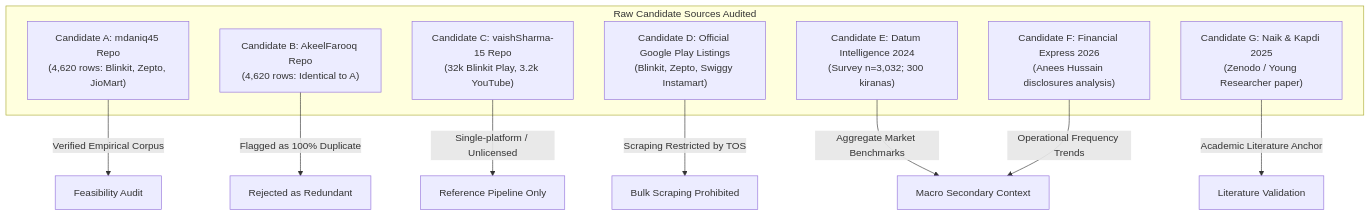
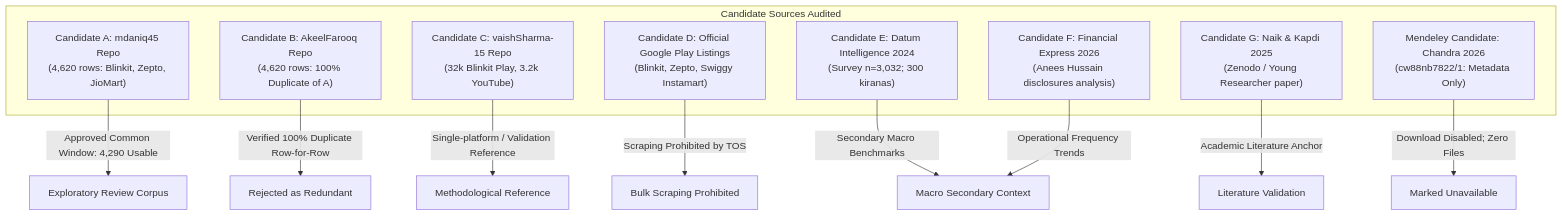
The diagram in docs/gates/GATE_0_FEASIBILITY_REPORT.md (nayanojwal0810/Beyond_Discounts), drawn with Mermaid before and after one commit. The commit also changed other lines of this file and 5 other files, not shown here.

Commit message:
feat(gate-0): revise evidence, common-window audit, and policy assessments per Principal Lead

````diff
--- a/docs/gates/GATE_0_FEASIBILITY_REPORT.md
+++ b/docs/gates/GATE_0_FEASIBILITY_REPORT.md
@@ -47,20 +63,22 @@
 ```mermaid
 flowchart TD
-    subgraph Raw Candidate Sources Audited
+    subgraph Candidate Sources Audited
         A["Candidate A: mdaniq45 Repo<br/>(4,620 rows: Blinkit, Zepto, JioMart)"]
-        B["Candidate B: AkeelFarooq Repo<br/>(4,620 rows: Identical to A)"]
+        B["Candidate B: AkeelFarooq Repo<br/>(4,620 rows: 100% Duplicate of A)"]
         C["Candidate C: vaishSharma-15 Repo<br/>(32k Blinkit Play, 3.2k YouTube)"]
         D["Candidate D: Official Google Play Listings<br/>(Blinkit, Zepto, Swiggy Instamart)"]
         E["Candidate E: Datum Intelligence 2024<br/>(Survey n=3,032; 300 kiranas)"]
         F["Candidate F: Financial Express 2026<br/>(Anees Hussain disclosures analysis)"]
         G["Candidate G: Naik & Kapdi 2025<br/>(Zenodo / Young Researcher paper)"]
+        M["Mendeley Candidate: Chandra 2026<br/>(cw88nb7822/1: Metadata Only)"]
     end
 
-    A -->|Verified Empirical Corpus| Eval[Feasibility Audit]
-    B -->|Flagged as 100% Duplicate| RejectB[Rejected as Redundant]
-    C -->|Single-platform / Unlicensed| RefC[Reference Pipeline Only]
-    D -->|Scraping Restricted by TOS| BlockD[Bulk Scraping Prohibited]
-    E -->|Aggregate Market Benchmarks| Secondary[Macro Secondary Context]
+    A -->|Approved Common Window: 4,290 Usable| PrimaryCorpus[Exploratory Review Corpus]
+    B -->|Verified 100% Duplicate Row-for-Row| RejectB[Rejected as Redundant]
+    C -->|Single-platform / Validation Reference| MethodRef[Methodological Reference]
+    D -->|Scraping Prohibited by TOS| BlockD[Bulk Scraping Prohibited]
+    E -->|Secondary Macro Benchmarks| Secondary[Macro Secondary Context]
     F -->|Operational Frequency Trends| Secondary
     G -->|Academic Literature Anchor| LitReview[Literature Validation]
+    M -->|Download Disabled; Zero Files| RejectM[Marked Unavailable]
 ```
````
